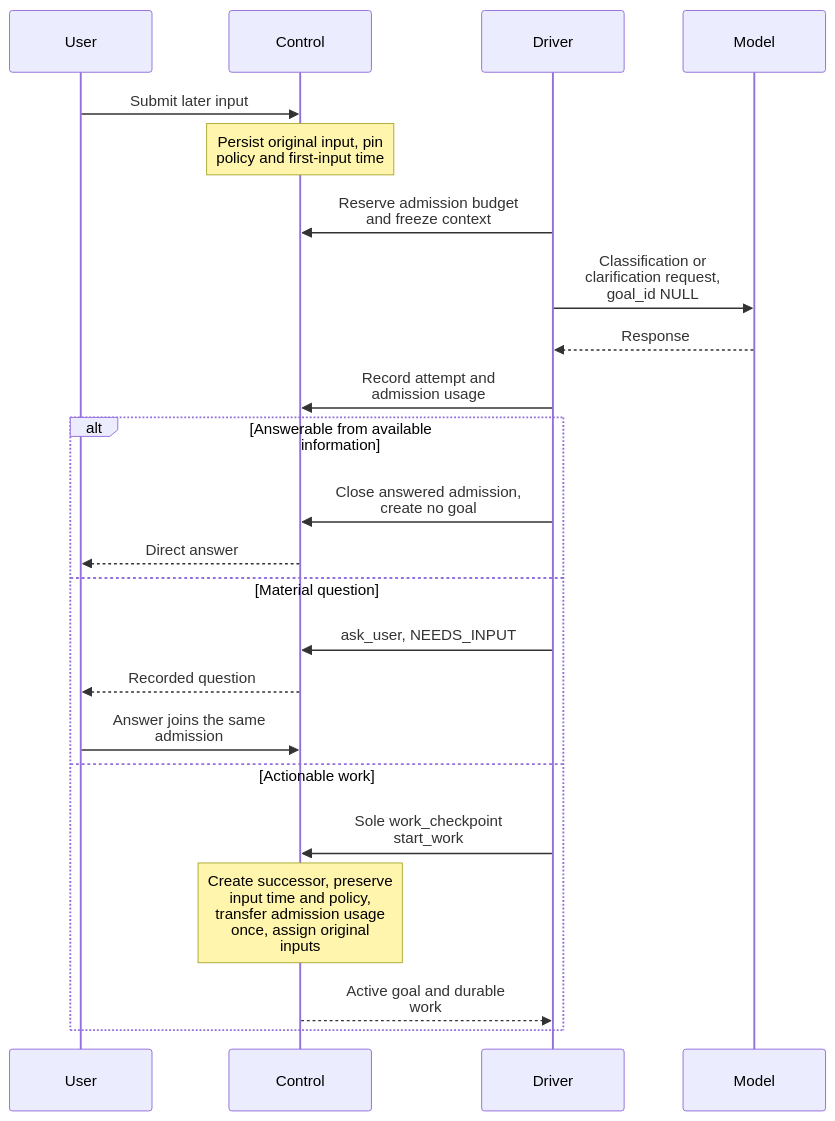
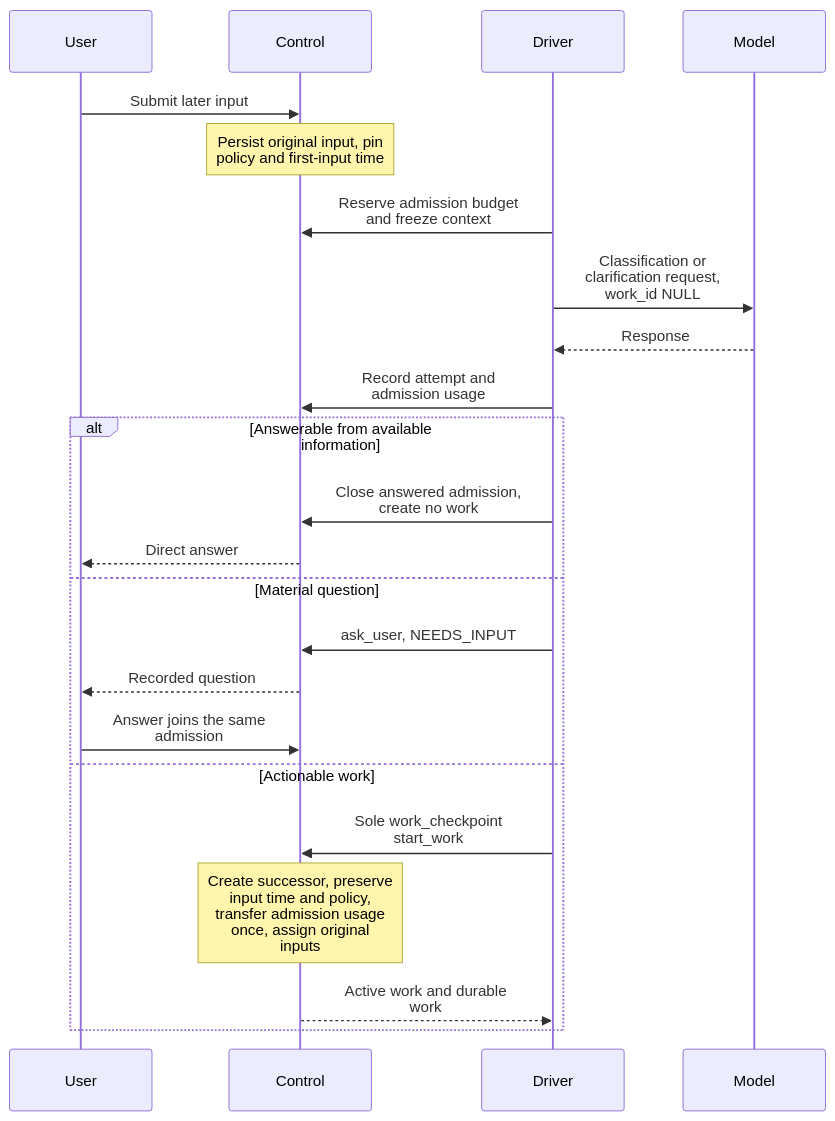
Before and after one commit to seek-hope/TeamAgents: diagram 17 of 35 in docs/ARCHITECTURE.md, drawn with Mermaid. The commit also changed other lines of this file and 177 other files, not shown here.

Commit message:
Remove goal entity and migrate to work scopes

````diff
--- a/docs/ARCHITECTURE.md
+++ b/docs/ARCHITECTURE.md
@@ -660,27 +660,27 @@
 ```mermaid
 sequenceDiagram
     accTitle: Internal admission and cost transfer
-    accDescr: Later input is classified under a pinned policy. Information can be answered without a goal, actionable work creates a successor and transfers its own known and unknown admission usage exactly once.
+    accDescr: Later input is classified under a pinned policy. Information can be answered without a work, actionable work creates a successor and transfers its own known and unknown admission usage exactly once.
     participant User
     participant Control
     participant Driver
     participant Model
     User->>Control: Submit later input
     Note over Control: Persist original input, pin<br/>policy and first-input time
     Driver->>Control: Reserve admission budget<br/>and freeze context
-    Driver->>Model: Classification or<br/>clarification request,<br/>goal_id NULL
+    Driver->>Model: Classification or<br/>clarification request,<br/>work_id NULL
     Model-->>Driver: Response
     Driver->>Control: Record attempt and<br/>admission usage
     alt Answerable from available information
-        Driver->>Control: Close answered admission,<br/>create no goal
+        Driver->>Control: Close answered admission,<br/>create no work
         Control-->>User: Direct answer
     else Material question
         Driver->>Control: ask_user, NEEDS_INPUT
         Control-->>User: Recorded question
         User->>Control: Answer joins the same<br/>admission
     else Actionable work
         Driver->>Control: Sole work_checkpoint<br/>start_work
         Note over Control: Create successor, preserve<br/>input time and policy,<br/>transfer admission usage<br/>once, assign original<br/>inputs
-        Control-->>Driver: Active goal and durable<br/>work
+        Control-->>Driver: Active work and durable<br/>work
     end
 ```
````
